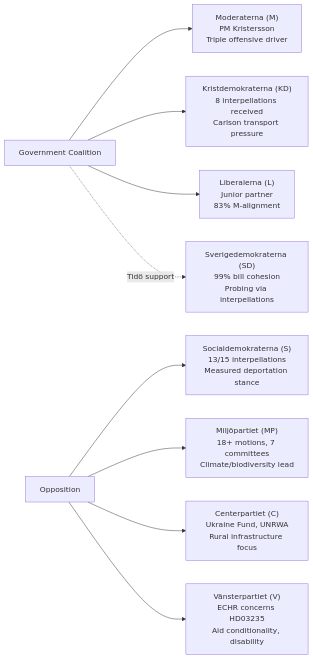
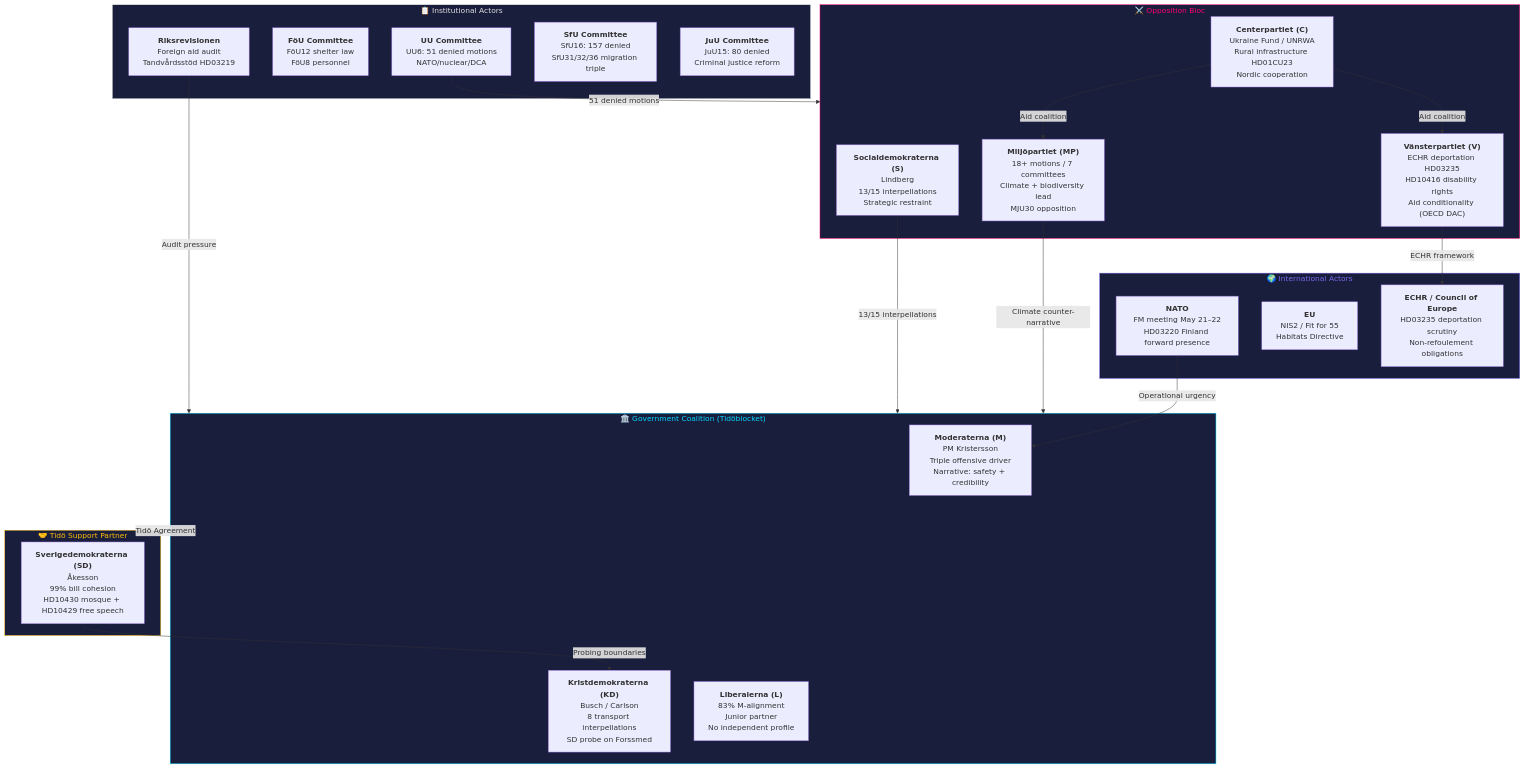
The first of 2 diagrams in analysis/daily/2026-04-11/weekly-review/stakeholder-perspectives.md (Hack23/riksdagsmonitor), drawn with Mermaid before and after one commit. The commit also changed other lines of this file, not shown here.

````diff
--- a/analysis/daily/2026-04-11/weekly-review/stakeholder-perspectives.md
+++ b/analysis/daily/2026-04-11/weekly-review/stakeholder-perspectives.md
@@ -14,11 +25,50 @@
 ```mermaid
-graph LR
-    GOV["Government Coalition"] --> M["Moderaterna (M)<br/>PM Kristersson<br/>Triple offensive driver"]
-    GOV --> KD["Kristdemokraterna (KD)<br/>8 interpellations received<br/>Carlson transport pressure"]
-    GOV --> L["Liberalerna (L)<br/>Junior partner<br/>83% M-alignment"]
-    GOV -.->|"Tidö support"| SD["Sverigedemokraterna (SD)<br/>99% bill cohesion<br/>Probing via interpellations"]
-    OPP["Opposition"] --> S["Socialdemokraterna (S)<br/>13/15 interpellations<br/>Measured deportation stance"]
-    OPP --> MP["Miljöpartiet (MP)<br/>18+ motions, 7 committees<br/>Climate/biodiversity lead"]
-    OPP --> C["Centerpartiet (C)<br/>Ukraine Fund, UNRWA<br/>Rural infrastructure focus"]
-    OPP --> V["Vänsterpartiet (V)<br/>ECHR concerns HD03235<br/>Aid conditionality, disability"]
+graph TD
+    subgraph GOV["🏛️ Government Coalition (Tidöblocket)"]
+        M["<b>Moderaterna (M)</b><br/>PM Kristersson<br/>Triple offensive driver<br/>Narrative: safety + credibility"]
+        KD["<b>Kristdemokraterna (KD)</b><br/>Busch / Carlson<br/>8 transport interpellations<br/>SD probe on Forssmed"]
+        L["<b>Liberalerna (L)</b><br/>83% M-alignment<br/>Junior partner<br/>No independent profile"]
+    end
+
+    subgraph TIDO["🤝 Tidö Support Partner"]
+        SD["<b>Sverigedemokraterna (SD)</b><br/>Åkesson<br/>99% bill cohesion<br/>HD10430 mosque + HD10429 free speech"]
+    end
+
+    subgraph OPP["⚔️ Opposition Bloc"]
+        S["<b>Socialdemokraterna (S)</b><br/>Lindberg<br/>13/15 interpellations<br/>Strategic restraint"]
+        MP["<b>Miljöpartiet (MP)</b><br/>18+ motions / 7 committees<br/>Climate + biodiversity lead<br/>MJU30 opposition"]
+        C["<b>Centerpartiet (C)</b><br/>Ukraine Fund / UNRWA<br/>Rural infrastructure HD01CU23<br/>Nordic cooperation"]
+        V["<b>Vänsterpartiet (V)</b><br/>ECHR deportation HD03235<br/>HD10416 disability rights<br/>Aid conditionality (OECD DAC)"]
+    end
+
+    subgraph INST["📋 Institutional Actors"]
+        RR["<b>Riksrevisionen</b><br/>Foreign aid audit<br/>Tandvårdsstöd HD03219"]
+        FOU["<b>FöU Committee</b><br/>FöU12 shelter law<br/>FöU8 personnel"]
+        UU["<b>UU Committee</b><br/>UU6: 51 denied motions<br/>NATO/nuclear/DCA"]
+        SFU["<b>SfU Committee</b><br/>SfU16: 157 denied<br/>SfU31/32/36 migration triple"]
+        JUU["<b>JuU Committee</b><br/>JuU15: 80 denied<br/>Criminal justice reform"]
+    end
+
+    subgraph INTL["🌍 International Actors"]
+        NATO_["<b>NATO</b><br/>FM meeting May 21–22<br/>HD03220 Finland forward presence"]
+        EU["<b>EU</b><br/>NIS2 / Fit for 55<br/>Habitats Directive"]
+        ECHR["<b>ECHR / Council of Europe</b><br/>HD03235 deportation scrutiny<br/>Non-refoulement obligations"]
+    end
+
+    GOV -.->|"Tidö Agreement"| TIDO
+    SD -->|"Probing boundaries"| KD
+    S -->|"13/15 interpellations"| GOV
+    MP -->|"Climate counter-narrative"| GOV
+    C -->|"Aid coalition"| V
+    C -->|"Aid coalition"| MP
+    V -->|"ECHR framework"| ECHR
+    RR -->|"Audit pressure"| GOV
+    NATO_ -->|"Operational urgency"| M
+    UU -->|"51 denied motions"| OPP
+
+    style GOV fill:#1a1e3d,color:#00d9ff,stroke:#00d9ff
+    style TIDO fill:#1a1e3d,color:#ffbe0b,stroke:#ffbe0b
+    style OPP fill:#1a1e3d,color:#ff006e,stroke:#ff006e
+    style INST fill:#1a1e3d,color:#e0e0e0,stroke:#e0e0e0
+    style INTL fill:#1a1e3d,color:#7b68ee,stroke:#7b68ee
 ```
````
